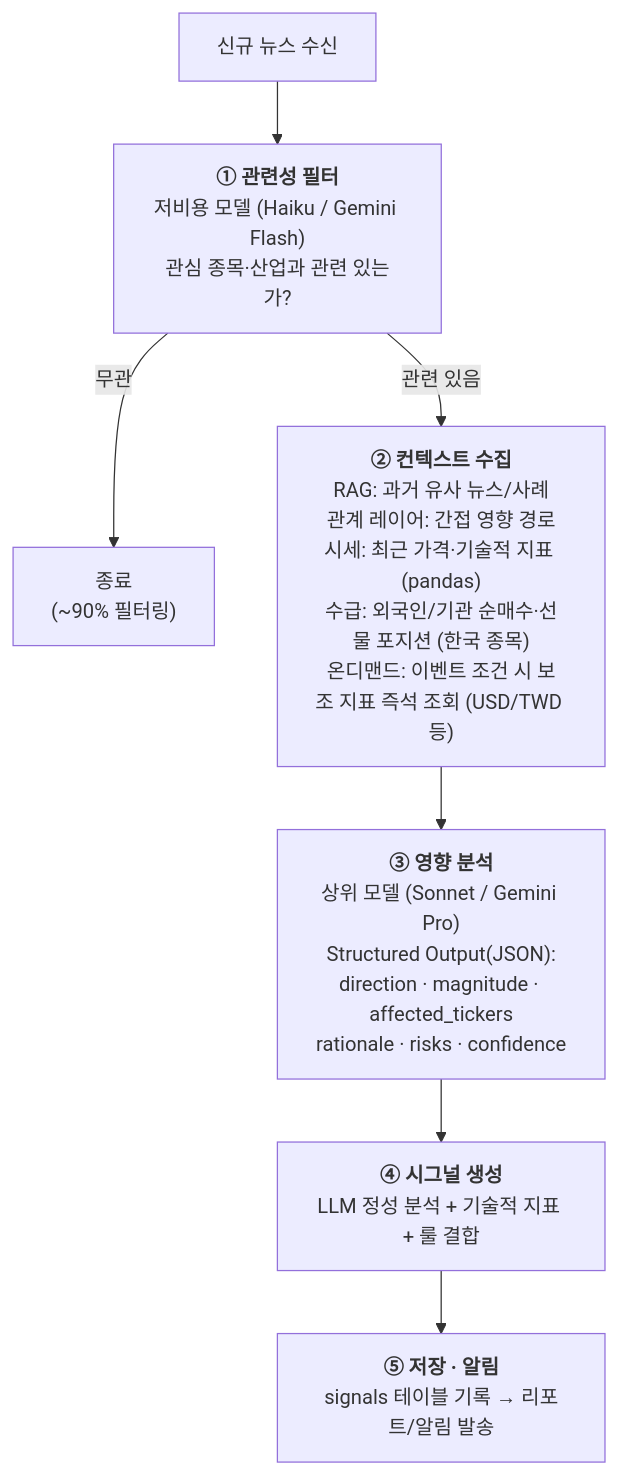
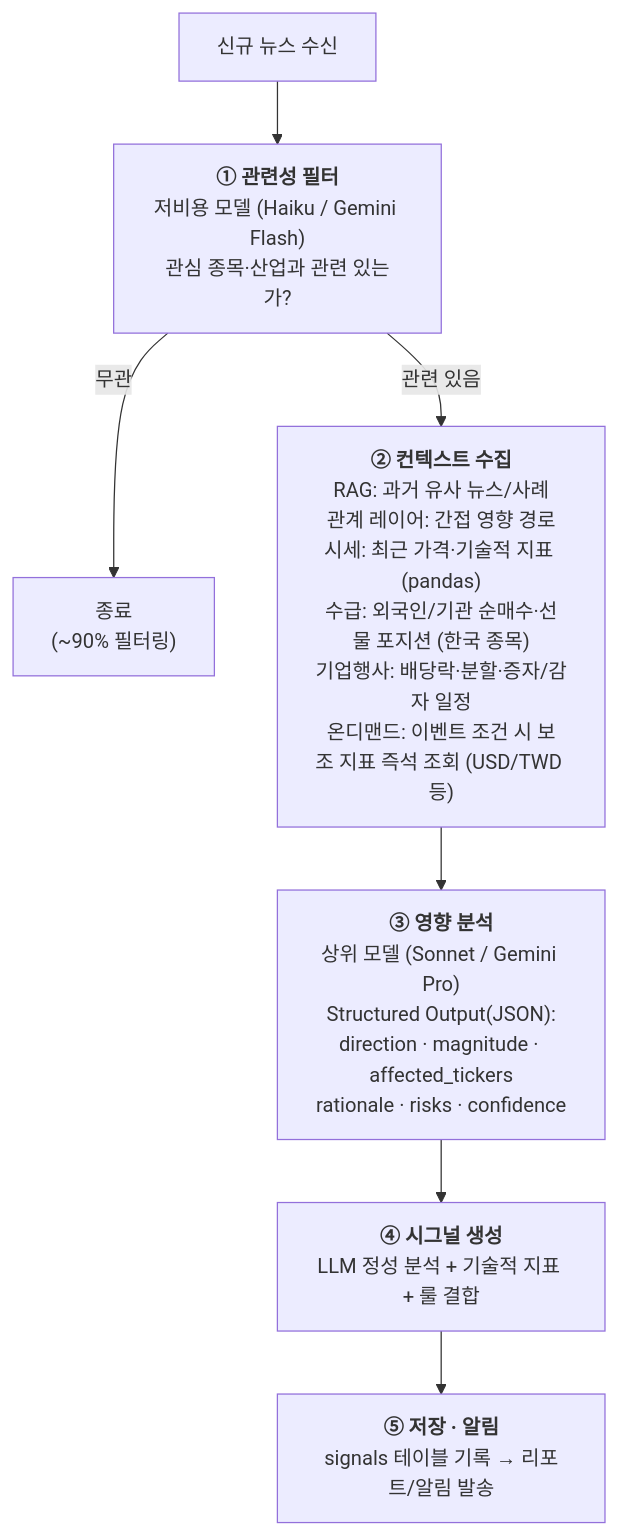
Before and after one commit to 6691a/news2: the second of 2 diagrams in docs/README.md, drawn with Mermaid. The commit also changed other lines of this file and 55 other files, not shown here.

````diff
--- a/docs/README.md
+++ b/docs/README.md
@@ -574,15 +780,15 @@
 ```mermaid
 flowchart TD
     N["신규 뉴스 수신"]
     F1["<b>① 관련성 필터</b><br/>저비용 모델 (Haiku / Gemini Flash)<br/>관심 종목·산업과 관련 있는가?"]
     X["종료<br/>(~90% 필터링)"]
-    F2["<b>② 컨텍스트 수집</b><br/>RAG: 과거 유사 뉴스/사례<br/>관계 레이어: 간접 영향 경로<br/>시세: 최근 가격·기술적 지표 (pandas)<br/>수급: 외국인/기관 순매수·선물 포지션 (한국 종목)<br/>온디맨드: 이벤트 조건 시 보조 지표 즉석 조회 (USD/TWD 등)"]
+    F2["<b>② 컨텍스트 수집</b><br/>RAG: 과거 유사 뉴스/사례<br/>관계 레이어: 간접 영향 경로<br/>시세: 최근 가격·기술적 지표 (pandas)<br/>수급: 외국인/기관 순매수·선물 포지션 (한국 종목)<br/>기업행사: 배당락·분할·증자/감자 일정<br/>온디맨드: 이벤트 조건 시 보조 지표 즉석 조회 (USD/TWD 등)"]
     F3["<b>③ 영향 분석</b><br/>상위 모델 (Sonnet / Gemini Pro)<br/>Structured Output(JSON):<br/>direction · magnitude · affected_tickers<br/>rationale · risks · confidence"]
     F4["<b>④ 시그널 생성</b><br/>LLM 정성 분석 + 기술적 지표 + 룰 결합"]
     F5["<b>⑤ 저장 · 알림</b><br/>signals 테이블 기록 → 리포트/알림 발송"]
 
     N --> F1
     F1 -- "무관" --> X
     F1 -- "관련 있음" --> F2
     F2 --> F3 --> F4 --> F5
 ```
````
